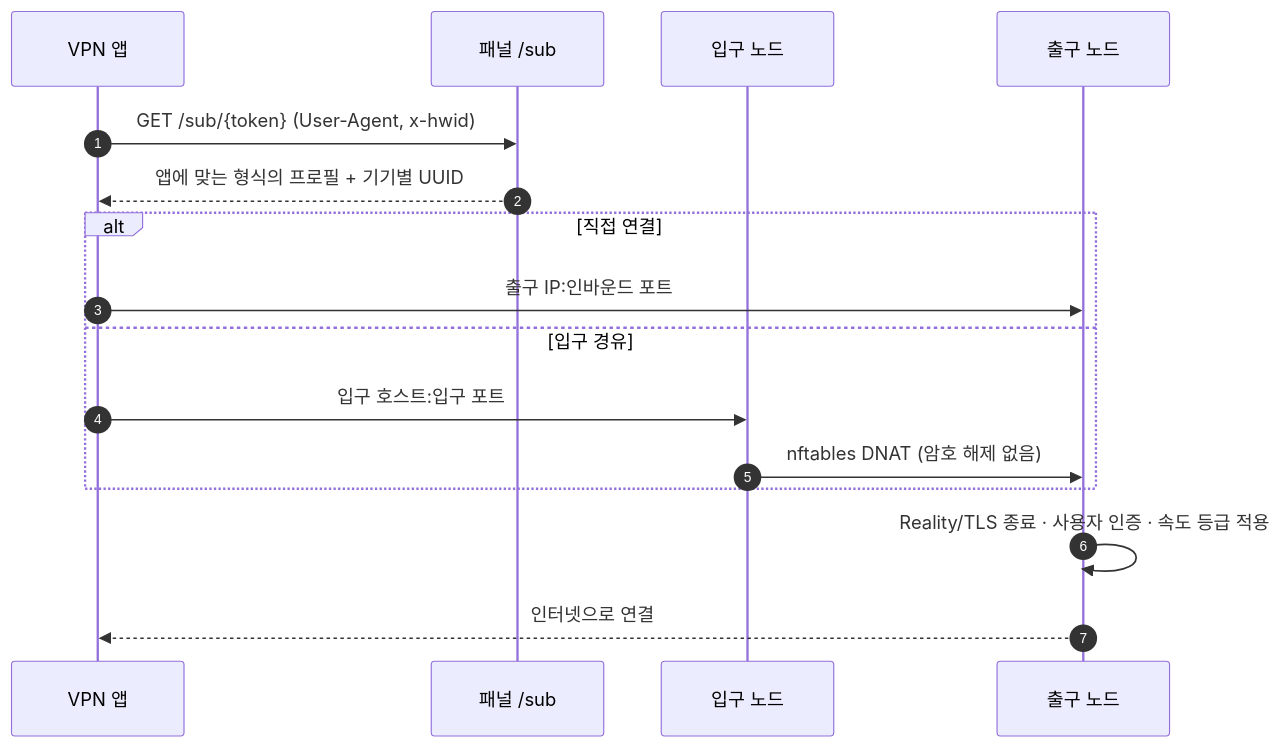
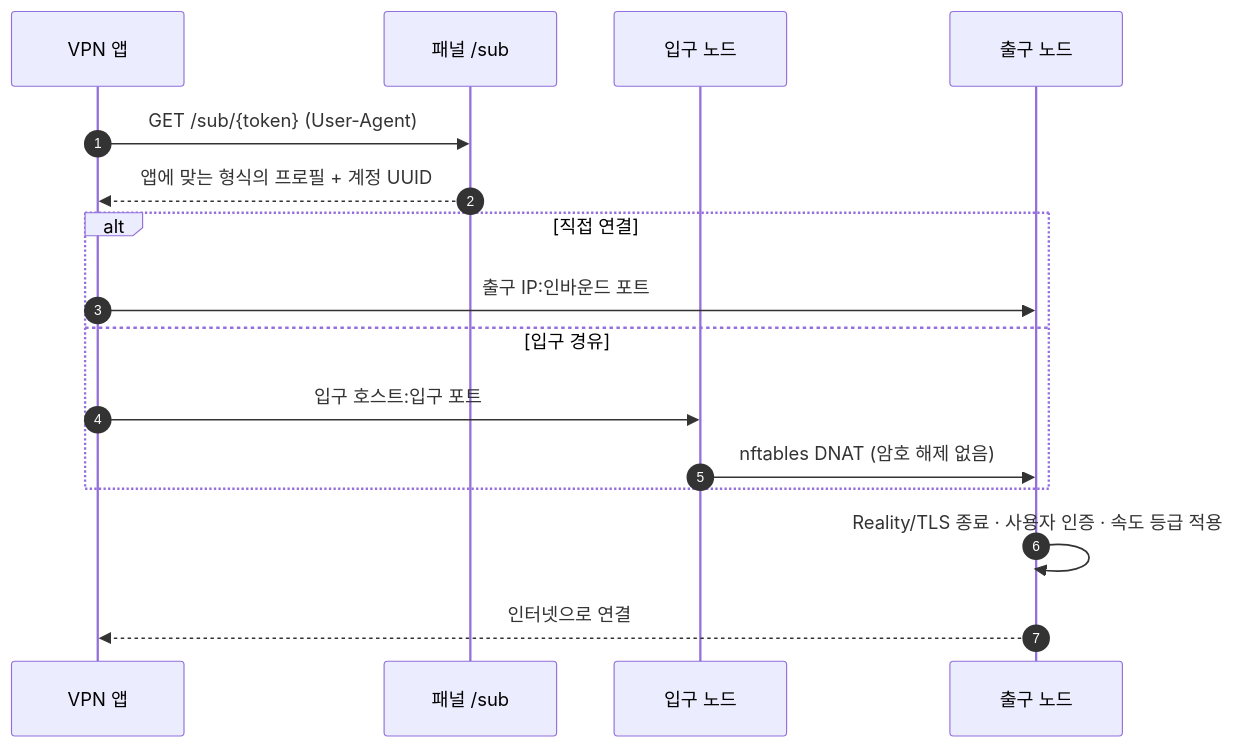
One commit to kimrasng/proxima-vpn changed the second of 2 diagrams in README.ko.md. Above: the diagram before and after it, drawn with Mermaid. The commit also changed other lines of this file and 14 other files, not shown here.

````diff
--- a/README.ko.md
+++ b/README.ko.md
@@ -97,18 +97,18 @@
 ```mermaid
 sequenceDiagram
     autonumber
     participant App as VPN 앱
     participant API as 패널 /sub
     participant In as 입구 노드
     participant Out as 출구 노드
-    App->>API: GET /sub/{token} (User-Agent, x-hwid)
-    API-->>App: 앱에 맞는 형식의 프로필 + 기기별 UUID
+    App->>API: GET /sub/{token} (User-Agent)
+    API-->>App: 앱에 맞는 형식의 프로필 + 계정 UUID
     alt 직접 연결
         App->>Out: 출구 IP:인바운드 포트
     else 입구 경유
         App->>In: 입구 호스트:입구 포트
         In->>Out: nftables DNAT (암호 해제 없음)
     end
     Out->>Out: Reality/TLS 종료 · 사용자 인증 · 속도 등급 적용
     Out-->>App: 인터넷으로 연결
 ```
````
